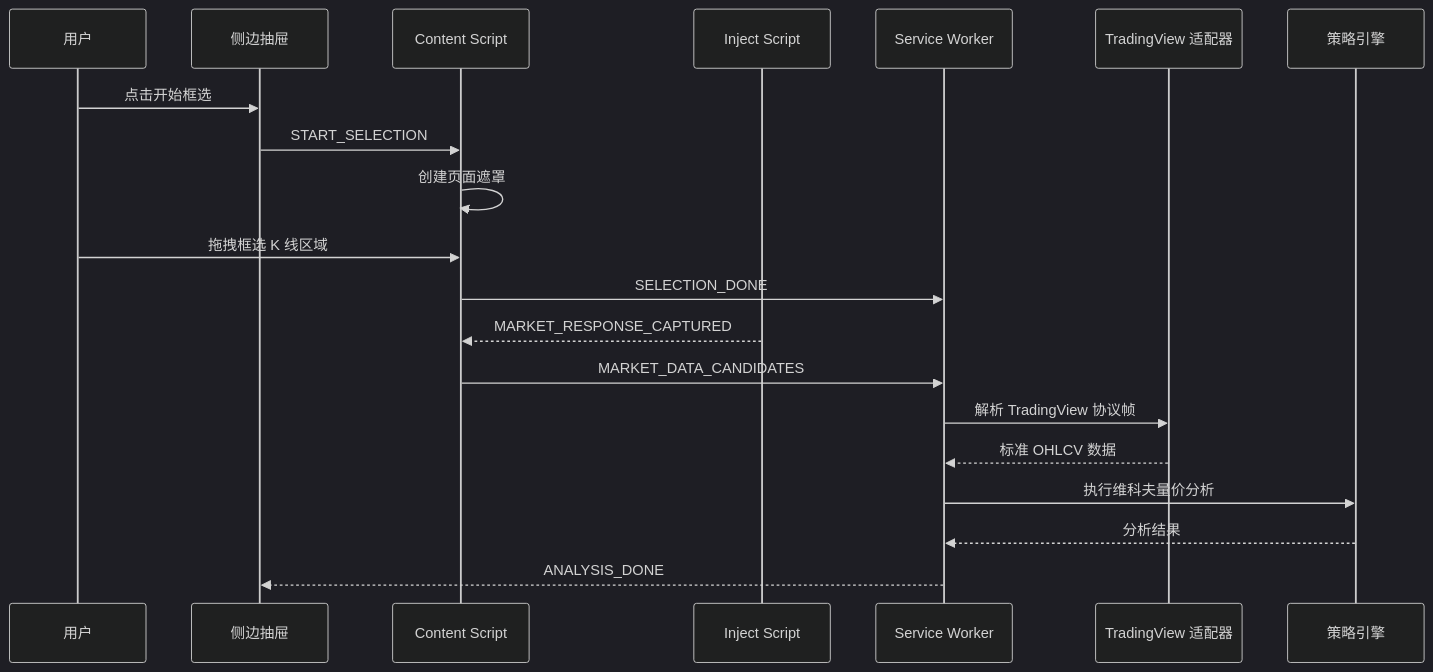
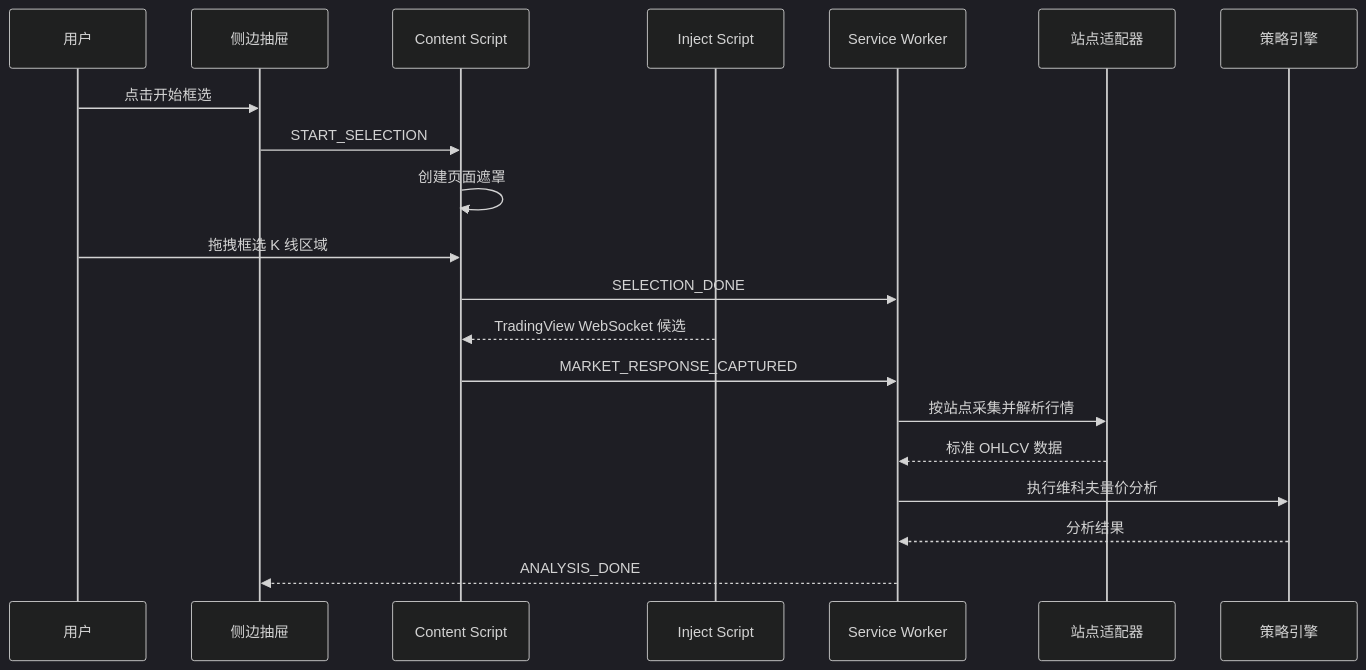
The second of 2 diagrams in docs/spec/01_Chrome_K线分析器插件总体技术与架构方案.md (LanShiLiang/Chrome_K_line_analyzer), drawn with Mermaid (dark theme) before and after one commit. The commit also changed other lines of this file and 9 other files, not shown here.

````diff
--- a/docs/spec/01_Chrome_K线分析器插件总体技术与架构方案.md
+++ b/docs/spec/01_Chrome_K线分析器插件总体技术与架构方案.md
@@ -126,23 +126,23 @@
 ```mermaid
 sequenceDiagram
     participant U as 用户
     participant UI as 侧边抽屉
     participant CS as Content Script
     participant INJ as Inject Script
     participant BG as Service Worker
-    participant AD as TradingView 适配器
+    participant AD as 站点适配器
     participant EN as 策略引擎
 
     U->>UI: 点击开始框选
     UI->>CS: START_SELECTION
     CS->>CS: 创建页面遮罩
     U->>CS: 拖拽框选 K 线区域
     CS->>BG: SELECTION_DONE
-    INJ-->>CS: MARKET_RESPONSE_CAPTURED
-    CS->>BG: MARKET_DATA_CANDIDATES
-    BG->>AD: 解析 TradingView 协议帧
+    INJ-->>CS: TradingView WebSocket 候选
+    CS->>BG: MARKET_RESPONSE_CAPTURED
+    BG->>AD: 按站点采集并解析行情
     AD-->>BG: 标准 OHLCV 数据
     BG->>EN: 执行维科夫量价分析
     EN-->>BG: 分析结果
     BG-->>UI: ANALYSIS_DONE
 ```
````
